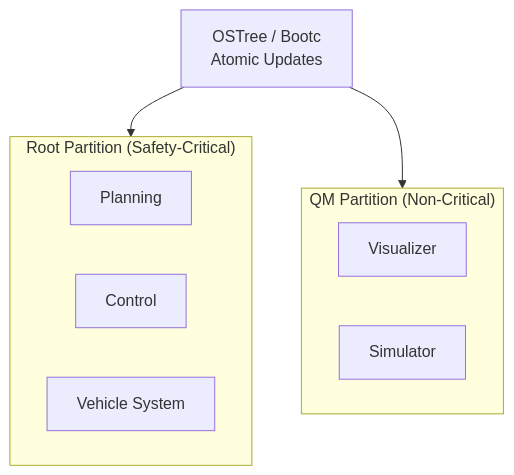
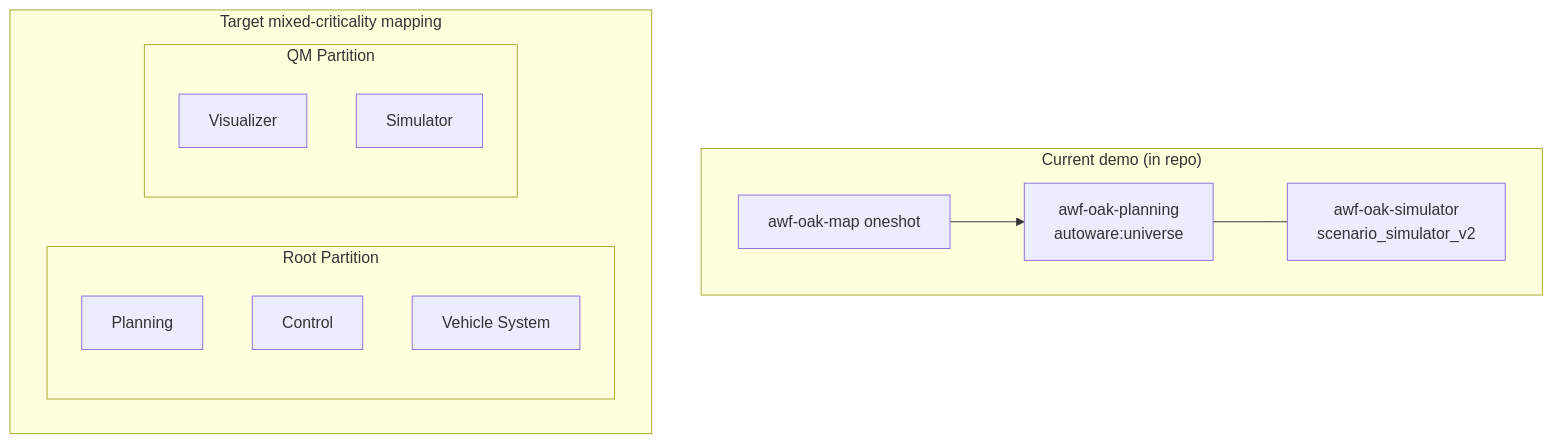
The diagram in docs/platforms/autosd/index.md (autowarefoundation/openadkit), drawn with Mermaid before and after one commit. The commit also changed other lines of this file and 15 other files, not shown here.

````diff
--- a/docs/platforms/autosd/index.md
+++ b/docs/platforms/autosd/index.md
@@ -161,16 +183,22 @@
 ```mermaid
 flowchart TB
-    subgraph Root["Root Partition (Safety-Critical)"]
-        R1[Planning]
-        R2[Control]
-        R3[Vehicle System]
+    subgraph Today["Current demo (in repo)"]
+        M[awf-oak-map oneshot]
+        P[awf-oak-planning<br/>autoware:universe]
+        S[awf-oak-simulator<br/>scenario_simulator_v2]
+        M --> P
+        P --- S
     end
 
-    subgraph QM["QM Partition (Non-Critical)"]
-        Q1[Visualizer]
-        Q2[Simulator]
+    subgraph Target["Target mixed-criticality mapping"]
+        subgraph Root["Root Partition"]
+            R1[Planning]
+            R2[Control]
+            R3[Vehicle System]
+        end
+        subgraph QM["QM Partition"]
+            Q1[Visualizer]
+            Q2[Simulator]
+        end
     end
-
-    OSTree[OSTree / Bootc<br/>Atomic Updates] --> Root
-    OSTree --> QM
 ```
````
